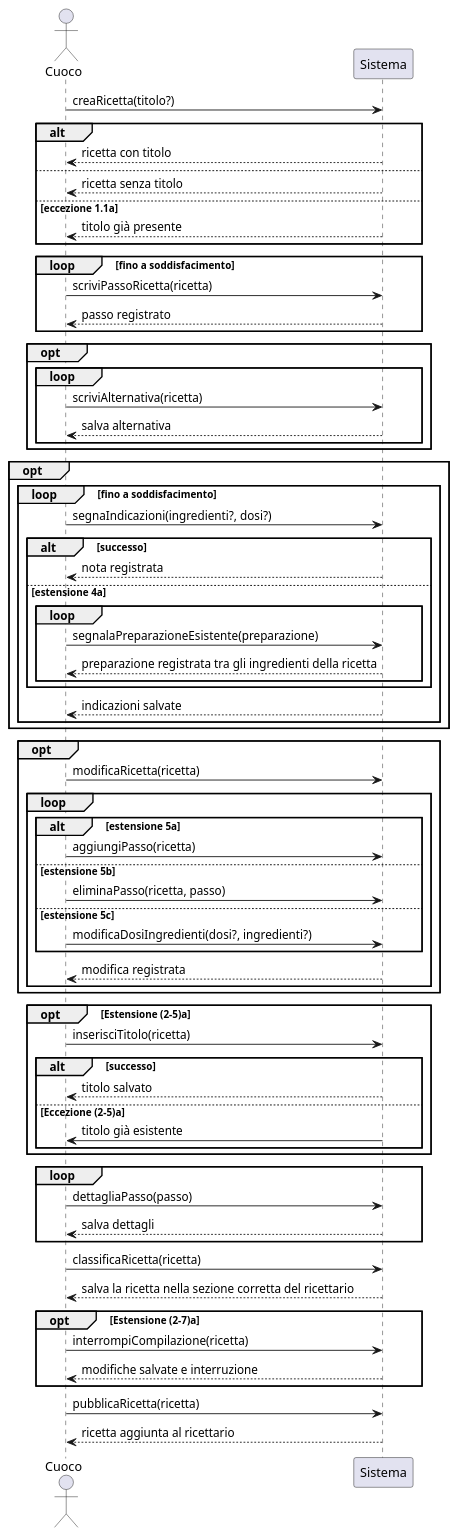
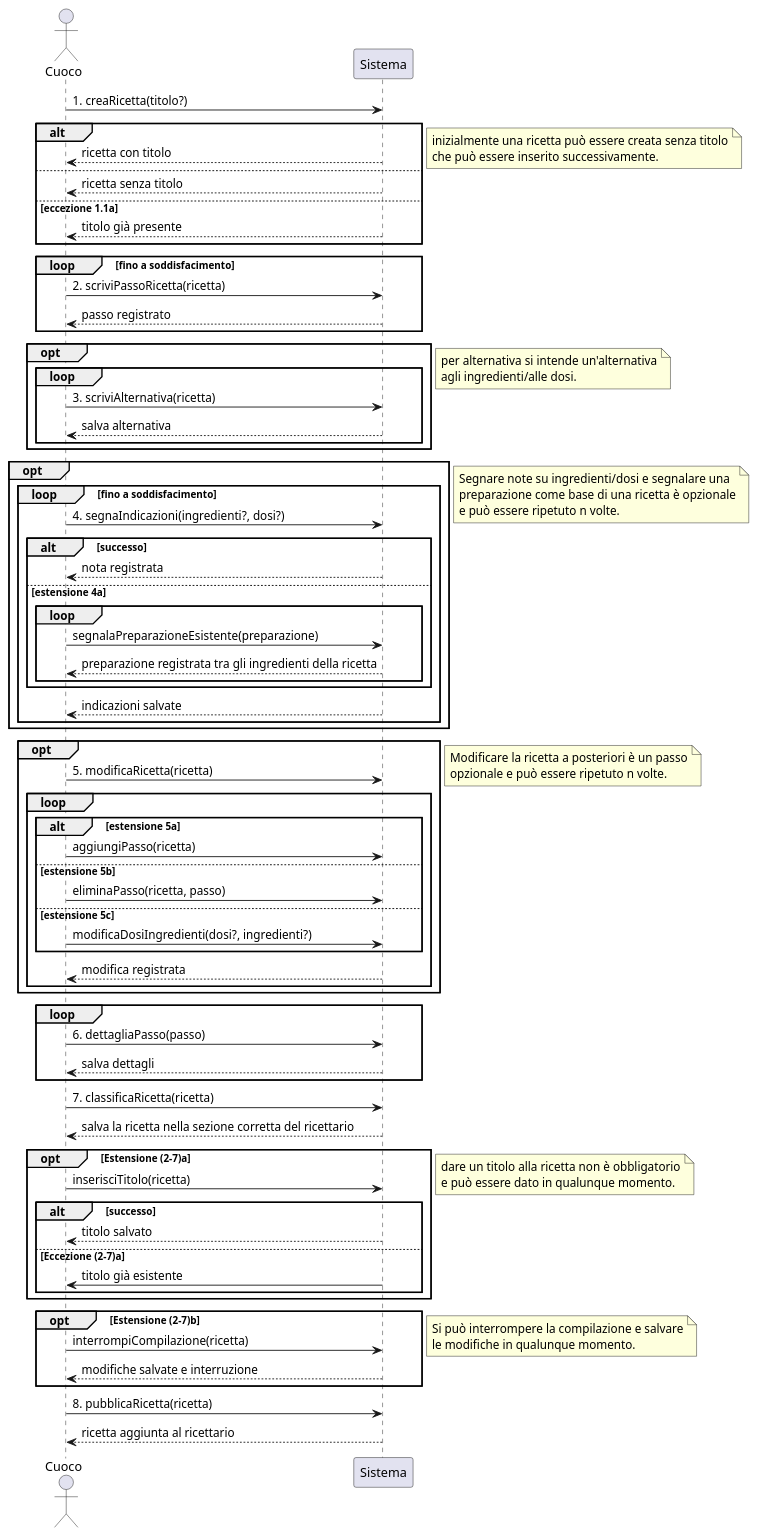
Before and after one commit to m0canu1/sas: the diagram in ssd/ssd-ricette.md, drawn with PlantUML.

Commit message:
Aggiunte note a ssd di gestire ricette

```diff
--- a/ssd/ssd-ricette.md
+++ b/ssd/ssd-ricette.md
@@ -4,7 +4,7 @@
 actor Cuoco
 participant Sistema
 
-Cuoco -> Sistema : creaRicetta(titolo?)
+Cuoco -> Sistema : 1. creaRicetta(titolo?)
 alt 
 	Sistema --> Cuoco : ricetta con titolo	
 else 
@@ -12,24 +12,25 @@
 else eccezione 1.1a
 	Sistema --> Cuoco : titolo già presente
 end
+note right: inizialmente una ricetta può essere creata senza titolo\nche può essere inserito successivamente.
 
 loop fino a soddisfacimento 
-	Cuoco -> Sistema : scriviPassoRicetta(ricetta)
+	Cuoco -> Sistema : 2. scriviPassoRicetta(ricetta)
 	Sistema --> Cuoco : passo registrato
 end
 
 opt
 	loop
-		Cuoco -> Sistema : scriviAlternativa(ricetta)
+		Cuoco -> Sistema : 3. scriviAlternativa(ricetta)
 	 	Sistema --> Cuoco : salva alternativa
-
 	end
 end
+note right: per alternativa si intende un'alternativa\nagli ingredienti/alle dosi.
 
 opt
 	loop fino a soddisfacimento
 		
-		Cuoco -> Sistema : segnaIndicazioni(ingredienti?, dosi?)
+		Cuoco -> Sistema : 4. segnaIndicazioni(ingredienti?, dosi?)
 		alt successo
 			Sistema --> Cuoco : nota registrata
 		else estensione 4a
@@ -43,10 +44,10 @@
 	Sistema --> Cuoco : indicazioni salvate
 	end
 end
+note right: Segnare note su ingredienti/dosi e segnalare una\npreparazione come base di una ricetta è opzionale\ne può essere ripetuto n volte.
 
 opt
-	
-	Cuoco -> Sistema : modificaRicetta(ricetta)
+	Cuoco -> Sistema : 5. modificaRicetta(ricetta)
 	loop
 		alt  estensione 5a
 			Cuoco -> Sistema : aggiungiPasso(ricetta)
@@ -58,30 +59,33 @@
 		Sistema --> Cuoco : modifica registrata
 	end
 end
+note right: Modificare la ricetta a posteriori è un passo\nopzionale e può essere ripetuto n volte.
 
-opt Estensione (2-5)a
+loop
+	Cuoco -> Sistema : 6. dettagliaPasso(passo)
+	Sistema --> Cuoco : salva dettagli
+end
+
+Cuoco -> Sistema : 7. classificaRicetta(ricetta)
+Sistema --> Cuoco : salva la ricetta nella sezione corretta del ricettario
+
+opt Estensione (2-7)a
 		Cuoco -> Sistema : inserisciTitolo(ricetta)
 	alt successo
 		Sistema --> Cuoco : titolo salvato	
-	else Eccezione (2-5)a
+	else Eccezione (2-7)a
 		Sistema -> Cuoco : titolo già esistente
 	end
 end
+note right: dare un titolo alla ricetta non è obbligatorio\ne può essere dato in qualunque momento.
 
-loop
-	Cuoco -> Sistema : dettagliaPasso(passo)
-	Sistema --> Cuoco : salva dettagli
-end
-
-Cuoco -> Sistema : classificaRicetta(ricetta)
-Sistema --> Cuoco : salva la ricetta nella sezione corretta del ricettario
-
-opt Estensione (2-7)a
+opt Estensione (2-7)b
 	Cuoco -> Sistema : interrompiCompilazione(ricetta)
 	Sistema --> Cuoco : modifiche salvate e interruzione
 end
+note right: Si può interrompere la compilazione e salvare\nle modifiche in qualunque momento.
 
-Cuoco -> Sistema : pubblicaRicetta(ricetta)
+Cuoco -> Sistema : 8. pubblicaRicetta(ricetta)
 Sistema --> Cuoco : ricetta aggiunta al ricettario
 
 
```
